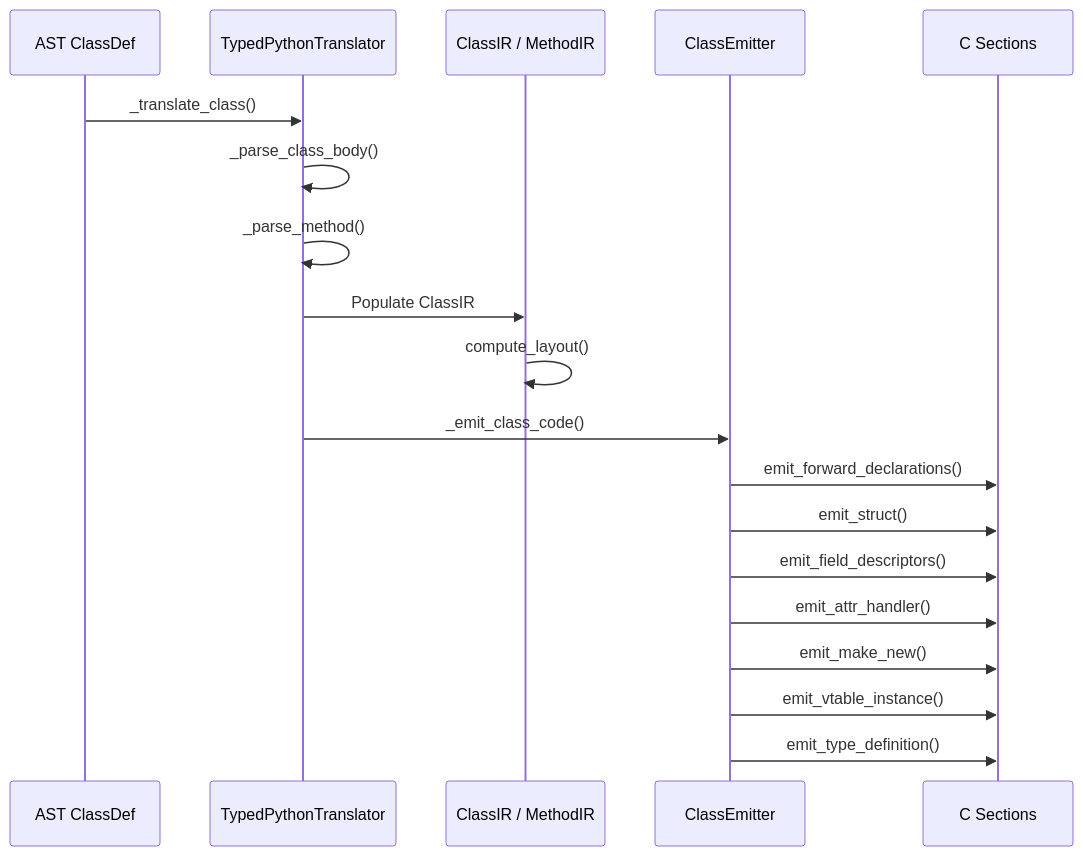
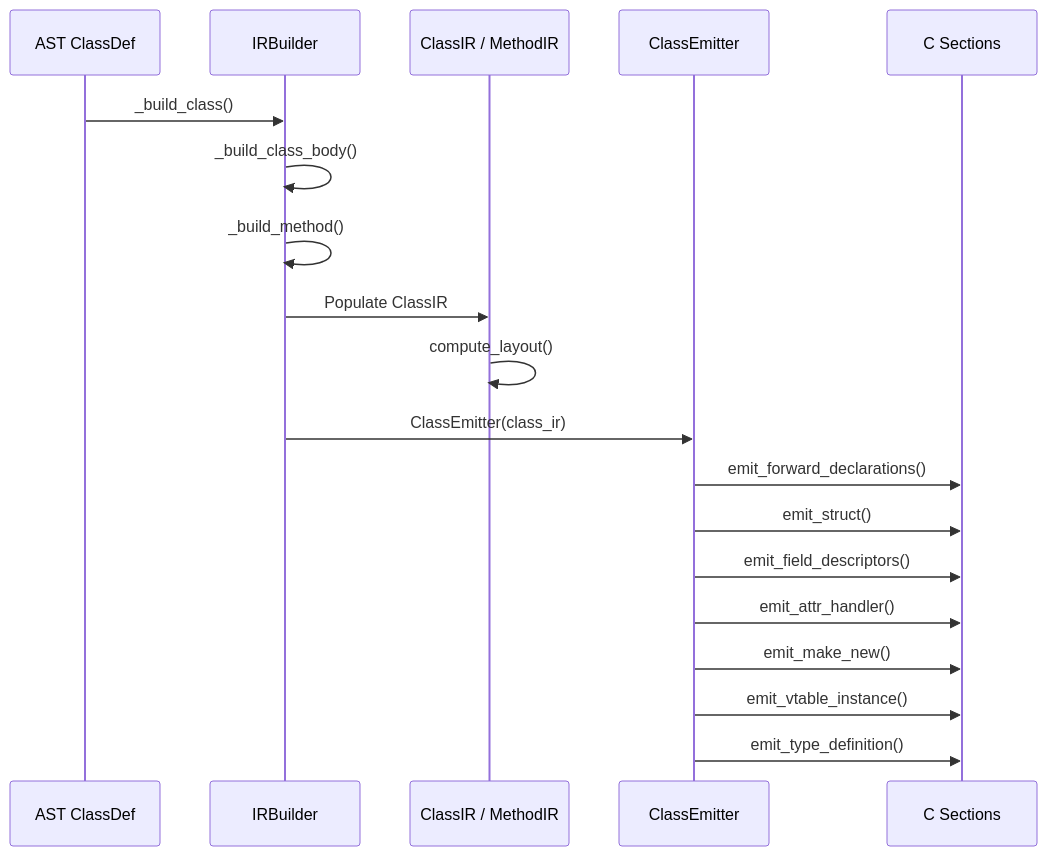
Before and after one commit to anhlt/mypyc-micropython: the third of 6 diagrams in docs/08-ir-design.md, drawn with Mermaid. The commit also changed other lines of this file and 11 other files, not shown here.

First line of the commit message:
Refactor compiler to full IR pipeline architecture

````diff
--- a/docs/08-ir-design.md
+++ b/docs/08-ir-design.md
@@ -52,22 +67,22 @@
 ```mermaid
 sequenceDiagram
     participant AST as AST ClassDef
-    participant T as TypedPythonTranslator
+    participant B as IRBuilder
     participant IR as ClassIR / MethodIR
     participant E as ClassEmitter
     participant C as C Sections
 
-    AST->>T: _translate_class()
-    T->>T: _parse_class_body()
-    T->>T: _parse_method()
-    T->>IR: Populate ClassIR
+    AST->>B: _build_class()
+    B->>B: _build_class_body()
+    B->>B: _build_method()
+    B->>IR: Populate ClassIR
     IR->>IR: compute_layout()
-    T->>E: _emit_class_code()
+    B->>E: ClassEmitter(class_ir)
     E->>C: emit_forward_declarations()
     E->>C: emit_struct()
     E->>C: emit_field_descriptors()
     E->>C: emit_attr_handler()
     E->>C: emit_make_new()
     E->>C: emit_vtable_instance()
     E->>C: emit_type_definition()
 ```
````
